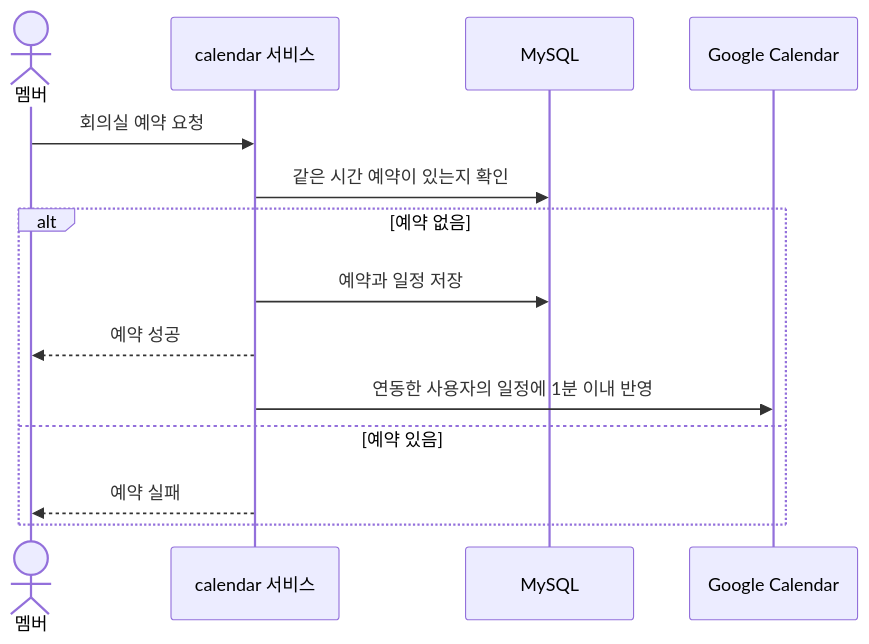
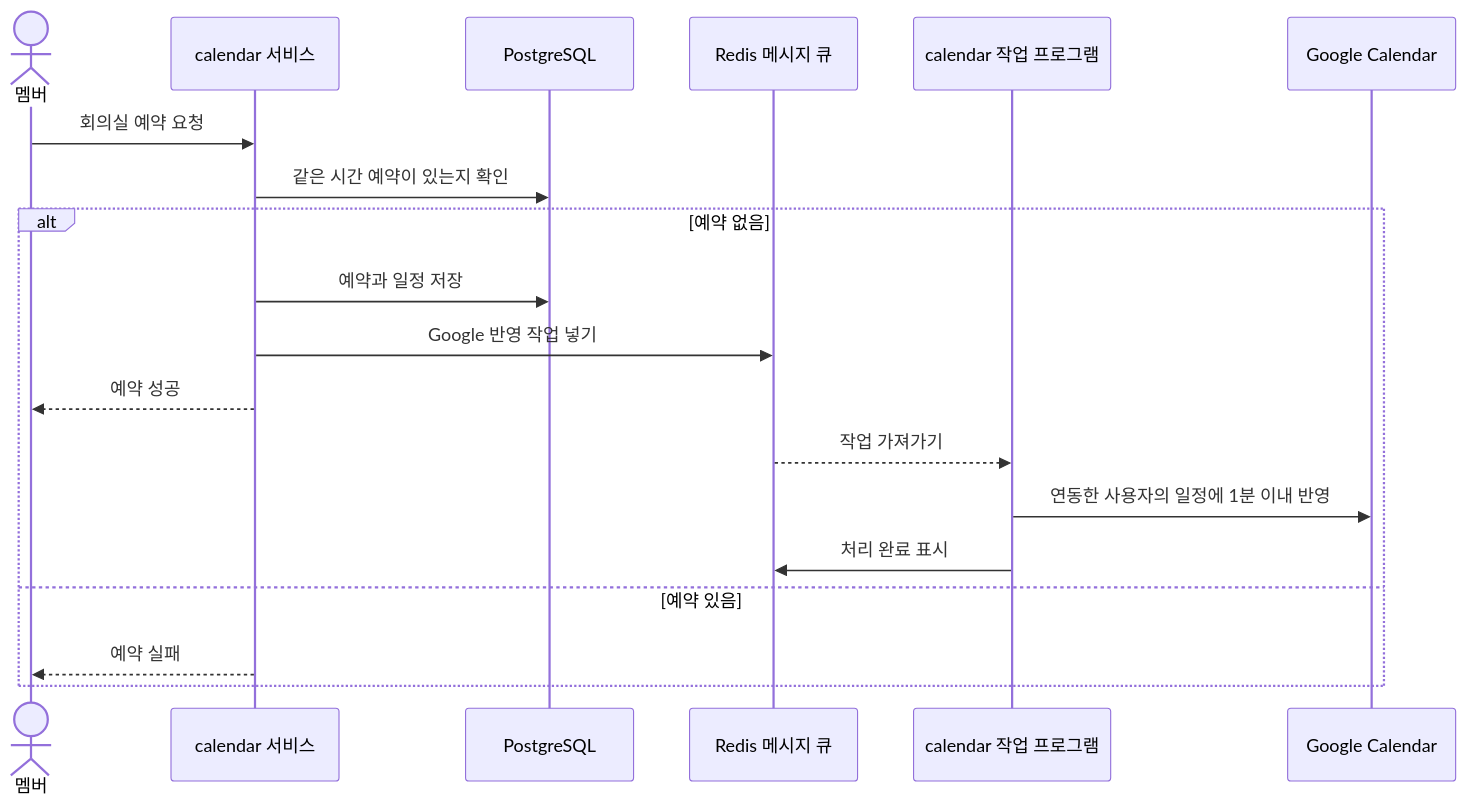
The fourth of 5 diagrams in docs/architecture.md (ktcloud-cloudnative-2026/team03-HelloCloud), drawn with Mermaid before and after one commit. The commit also changed other lines of this file and 2 other files, not shown here.

````diff
--- a/docs/architecture.md
+++ b/docs/architecture.md
@@ -96,16 +105,21 @@
 ```mermaid
 sequenceDiagram
   actor M as 멤버
   participant C as calendar 서비스
-  participant D as MySQL
+  participant D as PostgreSQL
+  participant Q as Redis 메시지 큐
+  participant W as calendar 작업 프로그램
   participant G as Google Calendar
   M->>C: 회의실 예약 요청
   C->>D: 같은 시간 예약이 있는지 확인
   alt 예약 없음
     C->>D: 예약과 일정 저장
+    C->>Q: Google 반영 작업 넣기
     C-->>M: 예약 성공
-    C->>G: 연동한 사용자의 일정에 1분 이내 반영
+    Q-->>W: 작업 가져가기
+    W->>G: 연동한 사용자의 일정에 1분 이내 반영
+    W->>Q: 처리 완료 표시
   else 예약 있음
     C-->>M: 예약 실패
   end
 ```
````
